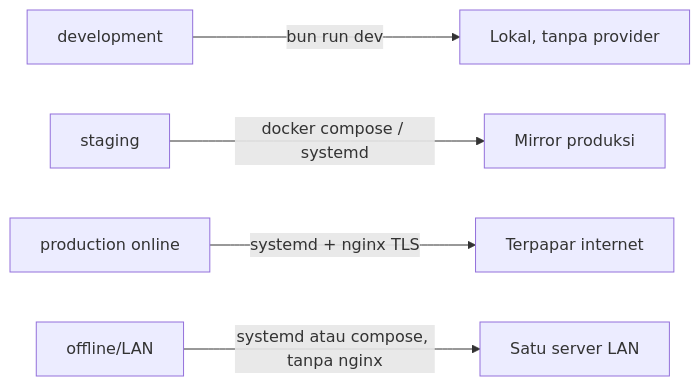
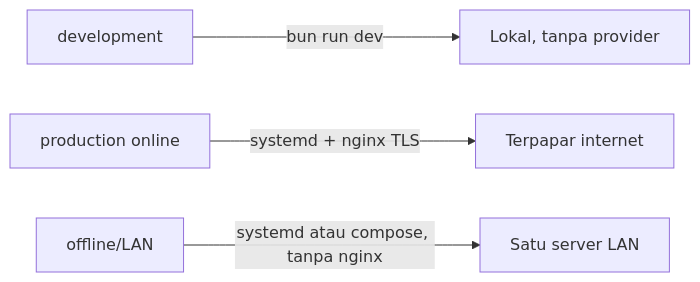
The diagram in docs/awcms/deployment-profiles.md (ahliweb/awcms), drawn with Mermaid before and after one commit. The commit also changed other lines of this file and 66 other files, not shown here.

````diff
--- a/docs/awcms/deployment-profiles.md
+++ b/docs/awcms/deployment-profiles.md
@@ -11,7 +13,6 @@
 ```mermaid
 flowchart LR
   Dev[development] -->|bun run dev| Local[Lokal, tanpa provider]
-  Stg[staging] -->|docker compose / systemd| Mirror[Mirror produksi]
   Prod[production online] -->|systemd + nginx TLS| Public[Terpapar internet]
   Lan[offline/LAN] -->|systemd atau compose, tanpa nginx| Lan1[Satu server LAN]
 ```
````
